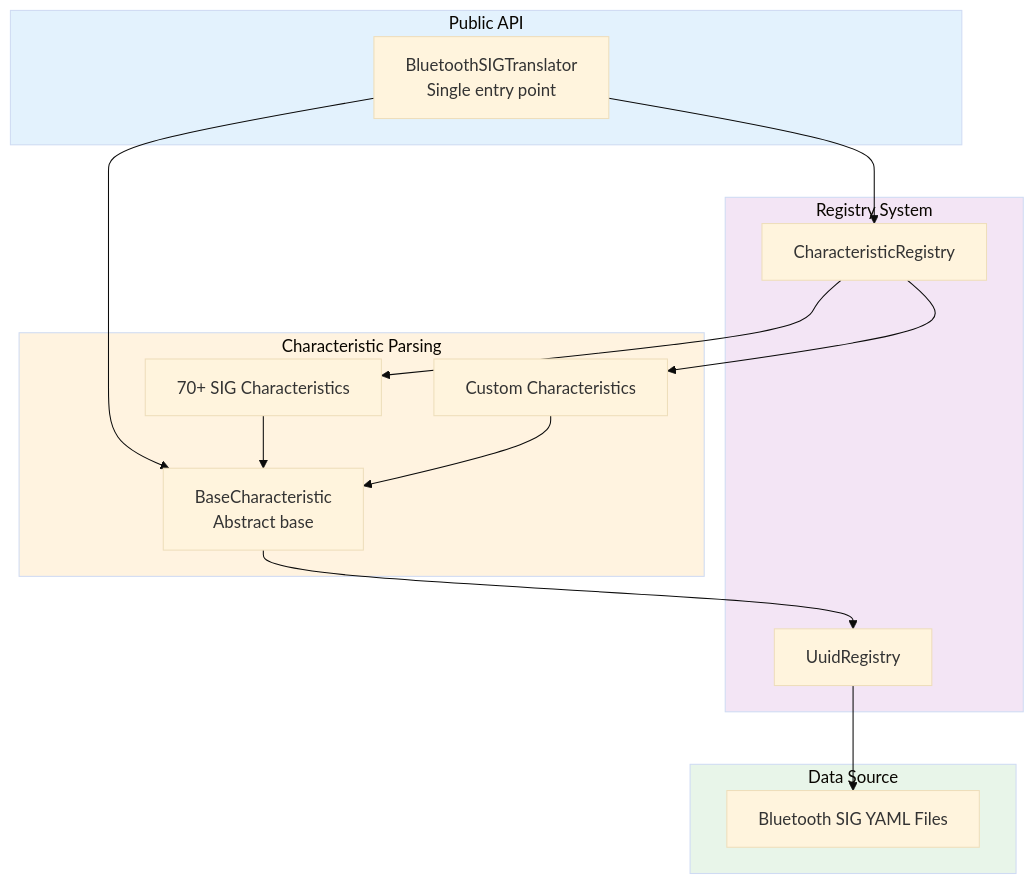
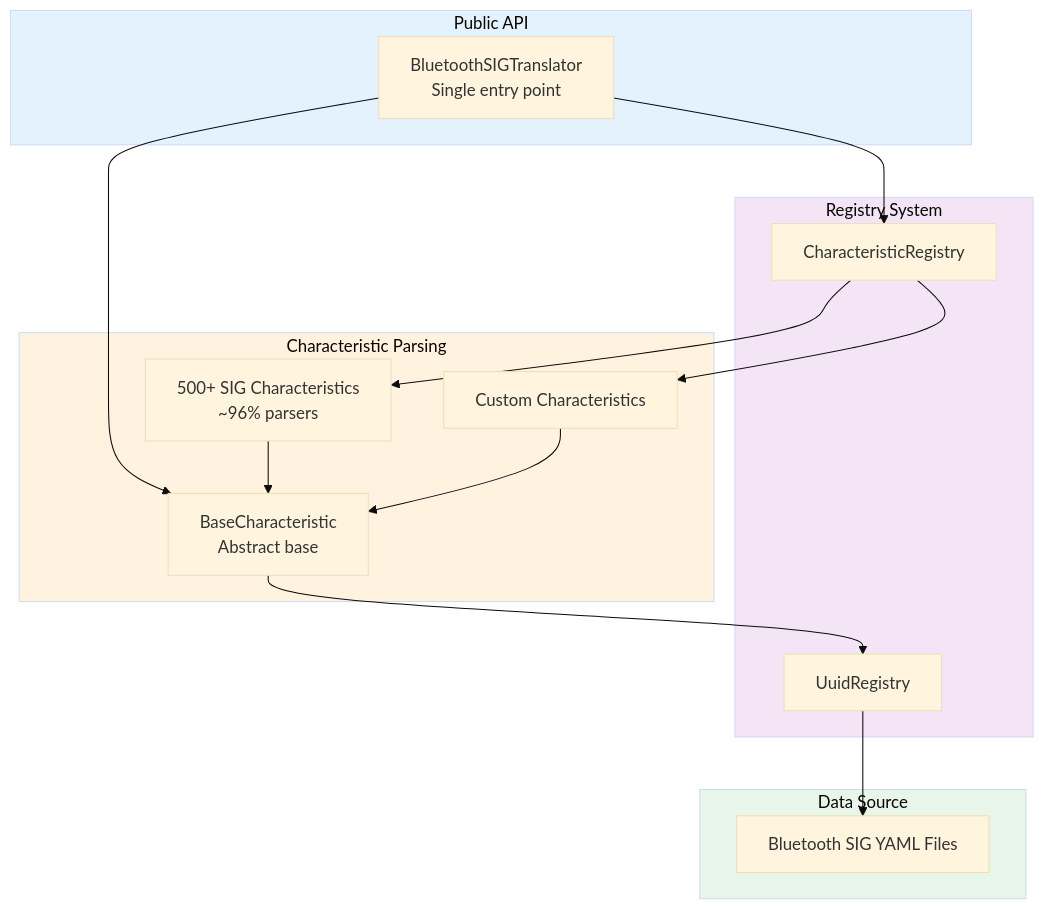
Before and after one commit to RonanB96/bluetooth-sig-python: the second of 2 diagrams in docs/source/explanation/architecture/overview.md, drawn with Mermaid (base theme). The commit also changed 4 other files, not shown here.

````diff
--- a/docs/source/explanation/architecture/overview.md
+++ b/docs/source/explanation/architecture/overview.md
@@ -60,35 +60,35 @@
 ```mermaid
 graph TB
     subgraph API["Public API"]
         T[BluetoothSIGTranslator<br/>Single entry point]
     end
 
     subgraph Char["Characteristic Parsing"]
         B[BaseCharacteristic<br/>Abstract base]
-        S[70+ SIG Characteristics]
+        S[500+ SIG Characteristics<br/>~96% parsers]
         C[Custom Characteristics]
     end
 
     subgraph Reg["Registry System"]
         CR[CharacteristicRegistry]
         UR[UuidRegistry]
     end
 
     subgraph Data["Data Source"]
         Y[Bluetooth SIG YAML Files]
     end
 
     T --> B
     T --> CR
     CR --> S
     CR --> C
     S --> B
     C --> B
     B --> UR
     UR --> Y
 
     style API fill:#e3f2fd
     style Char fill:#fff3e0
     style Reg fill:#f3e5f5
     style Data fill:#e8f5e9
 ```
````
